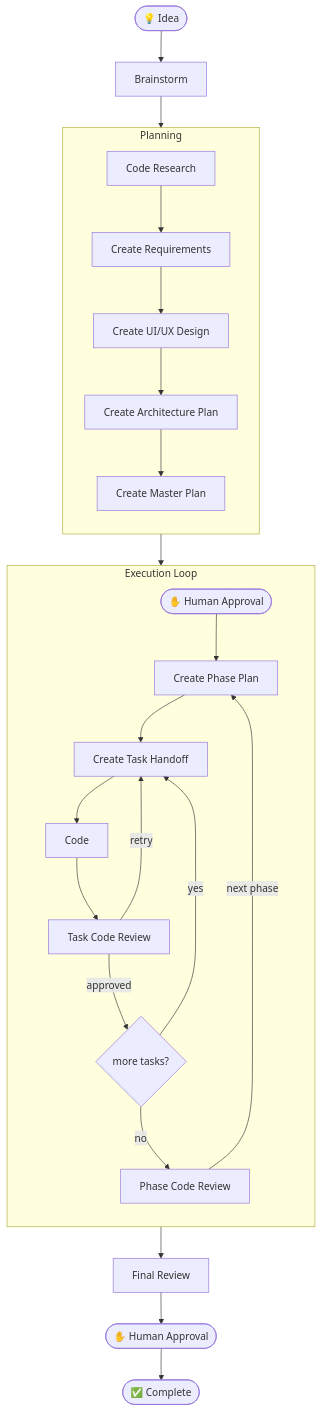
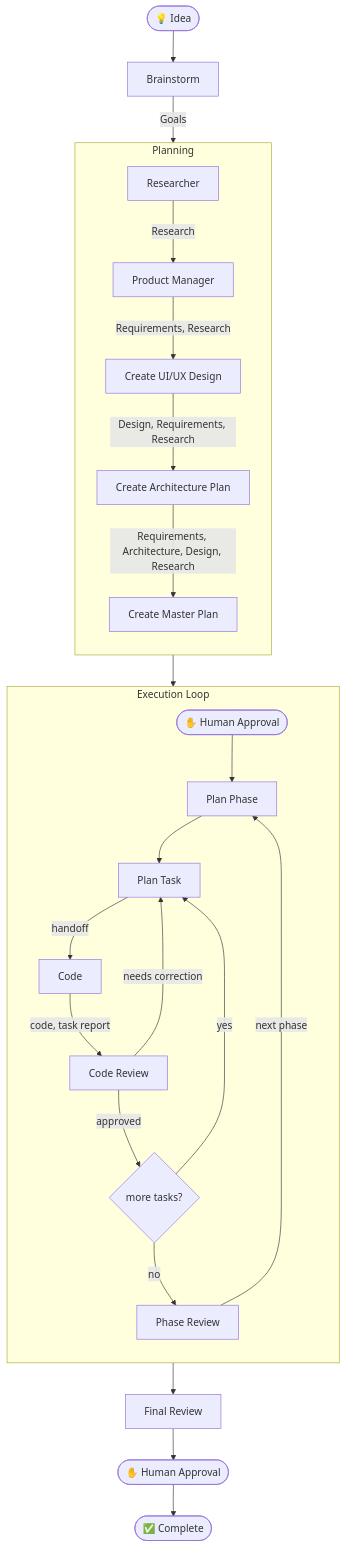
The diagram in README.md (hdc8890/RadOrchestration), drawn with Mermaid before and after one commit. The commit also changed other lines of this file and 543 other files, not shown here.

````diff
--- a/README.md
+++ b/README.md
@@ -11,32 +11,32 @@
 ```mermaid
 flowchart TD
     START([💡 Idea]) --> BRAINSTORM[Brainstorm]
-    BRAINSTORM --> RESEARCH
+    BRAINSTORM --> |Goals| RESEARCH
 
     subgraph PLANNING [Planning]
         direction TB
-        RESEARCH[Code Research] --> PRD[Create Requirements]
-        PRD --> DESIGN[Create UI/UX Design]
-        DESIGN --> ARCH[Create Architecture Plan]
-        ARCH --> MASTERPLAN[Create Master Plan]
+        RESEARCH[Researcher] --> |Research| PRD[Product Manager]
+        PRD --> |Requirements, Research| DESIGN[Create UI/UX Design]
+        DESIGN --> |Design, Requirements, Research| ARCH[Create Architecture Plan]
+        ARCH --> |Requirements, Architecture, Design, Research| MASTERPLAN[Create Master Plan]
     end
 
     MASTERPLAN --> GATE1(["✋ Human Approval"])
 
     subgraph EXECUTION [Execution Loop]
         direction TB
-        GATE1 --> PHASE[Create Phase Plan]
-        PHASE --> HANDOFF[Create Task Handoff]
-        HANDOFF --> CODE[Code]
-        CODE --> REVIEW[Task Code Review]
-        REVIEW -->|retry| HANDOFF
+        GATE1 --> PHASE[Plan Phase]
+        PHASE --> HANDOFF[Plan Task]
+        HANDOFF --> |handoff| CODE[Code]
+        CODE --> |code, task report|REVIEW[Code Review]
+        REVIEW -->|needs correction | HANDOFF
         REVIEW -->|approved| MORETASKS{more tasks?}
         MORETASKS -->|yes| HANDOFF
-        MORETASKS -->|no| PHASEREVIEW[Phase Code Review]
+        MORETASKS -->|no| PHASEREVIEW[Phase Review]
         PHASEREVIEW -->|next phase| PHASE
     end
 
     PHASEREVIEW --> FINAL[Final Review]
     FINAL --> GATE2(["✋ Human Approval"])
     GATE2 --> DONE([✅ Complete])
 ```
````
